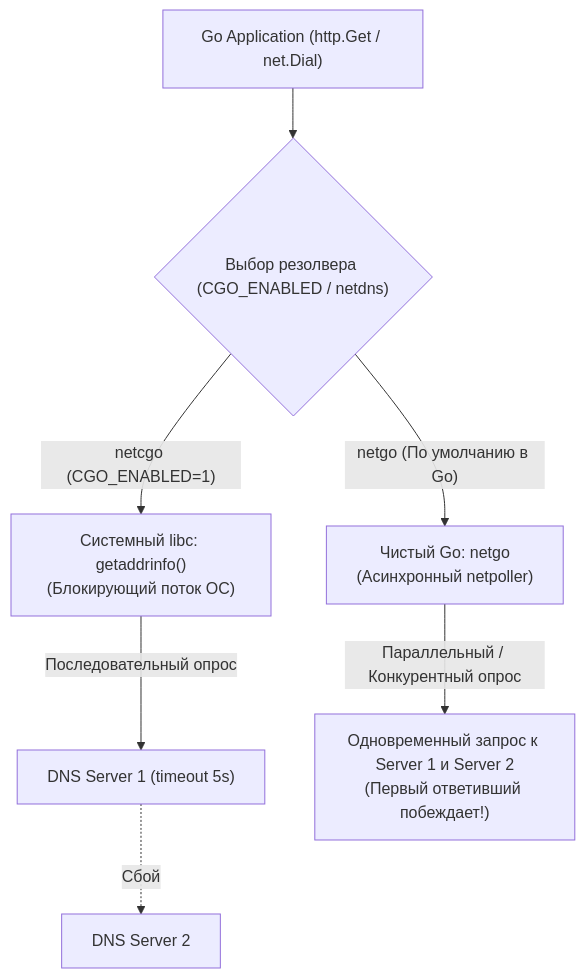
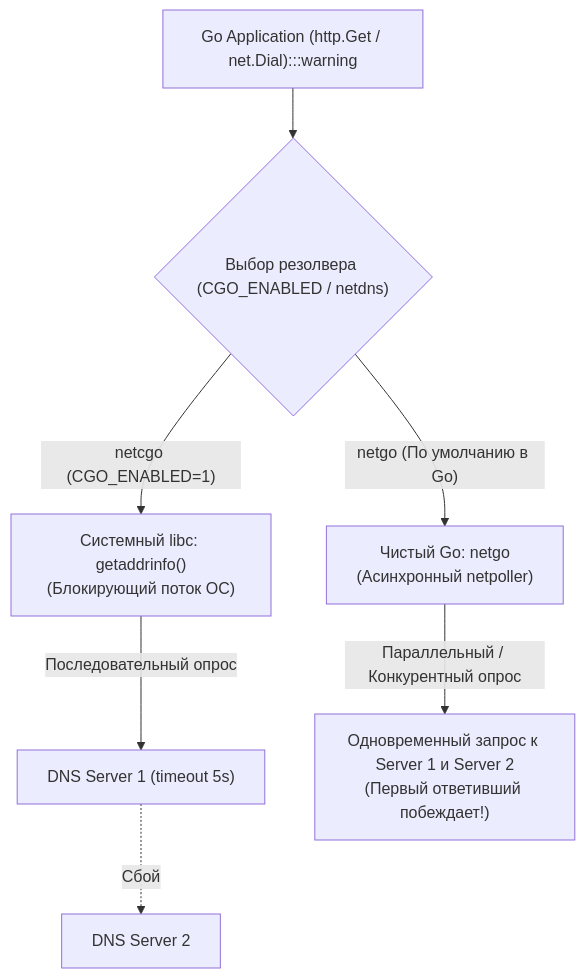
Before and after one commit to UnrealTemplier/go-textbook: the first of 3 diagrams in sources/2. Устройство и работа ОС/51. DNS глазами ОС и libc.md, drawn with Mermaid. The commit also changed other lines of this file and 1666 other files, not shown here.

First line of the commit message:
feat(mermaid): add semantic color classDef to 1369 colorless flowchart/graph diagrams

````diff
--- a/sources/2. Устройство и работа ОС/51. DNS глазами ОС и libc.md
+++ b/sources/2. Устройство и работа ОС/51. DNS глазами ОС и libc.md
@@ -20,15 +20,25 @@
 ```mermaid
 flowchart TD
-    App["Go Application (http.Get / net.Dial)"] --> ResolverChoice{"Выбор резолвера (CGO_ENABLED / netdns)"}
+    classDef process  fill:#1e293b,stroke:#38bdf8,stroke-width:1px,color:#f8fafc
+    classDef success  fill:#064e3b,stroke:#34d399,stroke-width:1px,color:#f8fafc
+    classDef error    fill:#7f1d1d,stroke:#f87171,stroke-width:1px,color:#f8fafc
+    classDef warning  fill:#78350f,stroke:#fbbf24,stroke-width:1px,color:#f8fafc
+    classDef entry    fill:#1e3a5f,stroke:#38bdf8,stroke-width:2px,color:#f8fafc
+    classDef aux      fill:#334155,stroke:#64748b,stroke-width:1px,color:#f8fafc
+    classDef system   fill:#312e81,stroke:#a78bfa,stroke-width:1px,color:#f8fafc
+    classDef data     fill:#132d29,stroke:#2dd4bf,stroke-width:1px,color:#f8fafc
+    classDef network  fill:#881337,stroke:#fb7185,stroke-width:1px,color:#f8fafc
+    classDef accent   fill:#1e1b4b,stroke:#818cf8,stroke-width:1px,color:#f8fafc
+    App["Go Application (http.Get / net.Dial):::warning"] --> ResolverChoice{"Выбор резолвера (CGO_ENABLED / netdns)"}
     
     ResolverChoice -->|"netcgo (CGO_ENABLED=1)"| LibC["Системный libc: getaddrinfo()
 (Блокирующий поток ОС)"]
     ResolverChoice -->|"netgo (По умолчанию в Go)"| PureGo["Чистый Go: netgo
 (Асинхронный netpoller)"]
 
     LibC -->|"Последовательный опрос"| DNS1["DNS Server 1 (timeout 5s)"]
     DNS1 -.->|"Сбой"| DNS2["DNS Server 2"]
 
     PureGo -->|"Параллельный / Конкурентный опрос"| BothServers["Одновременный запрос к Server 1 и Server 2
 (Первый ответивший побеждает!)"]
 ```
````
